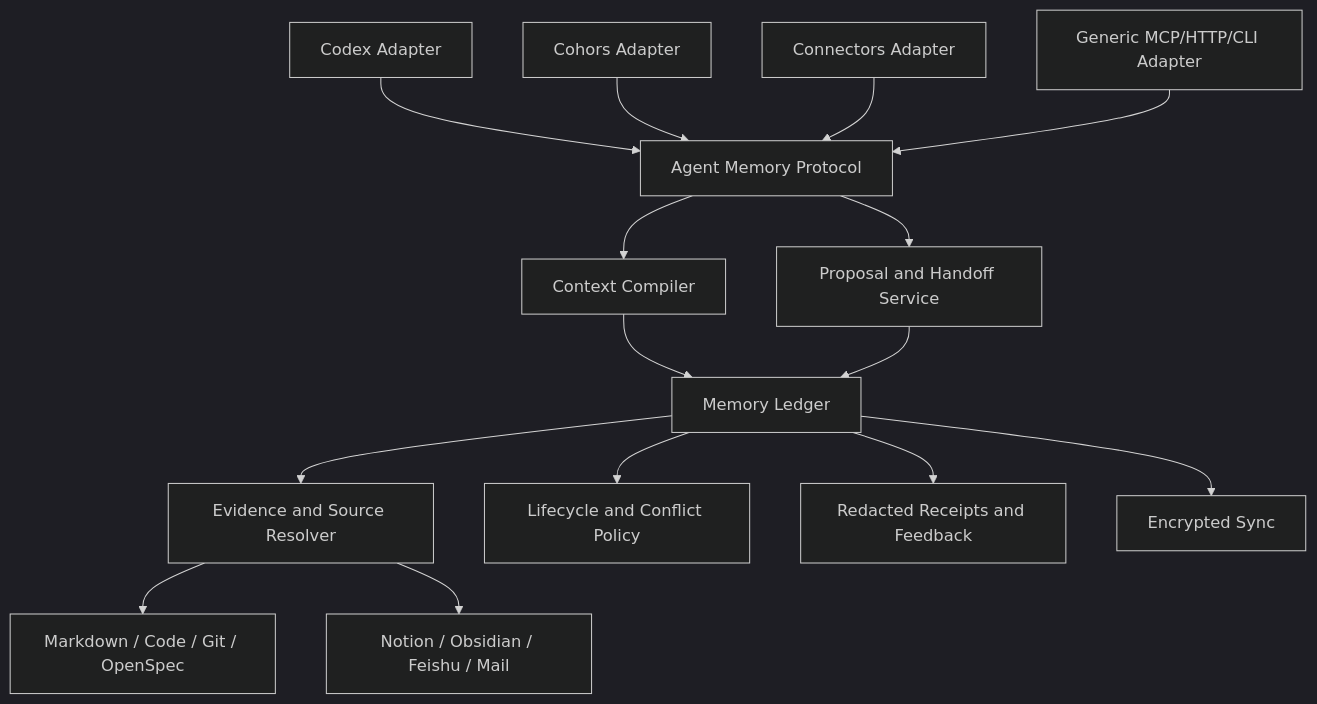
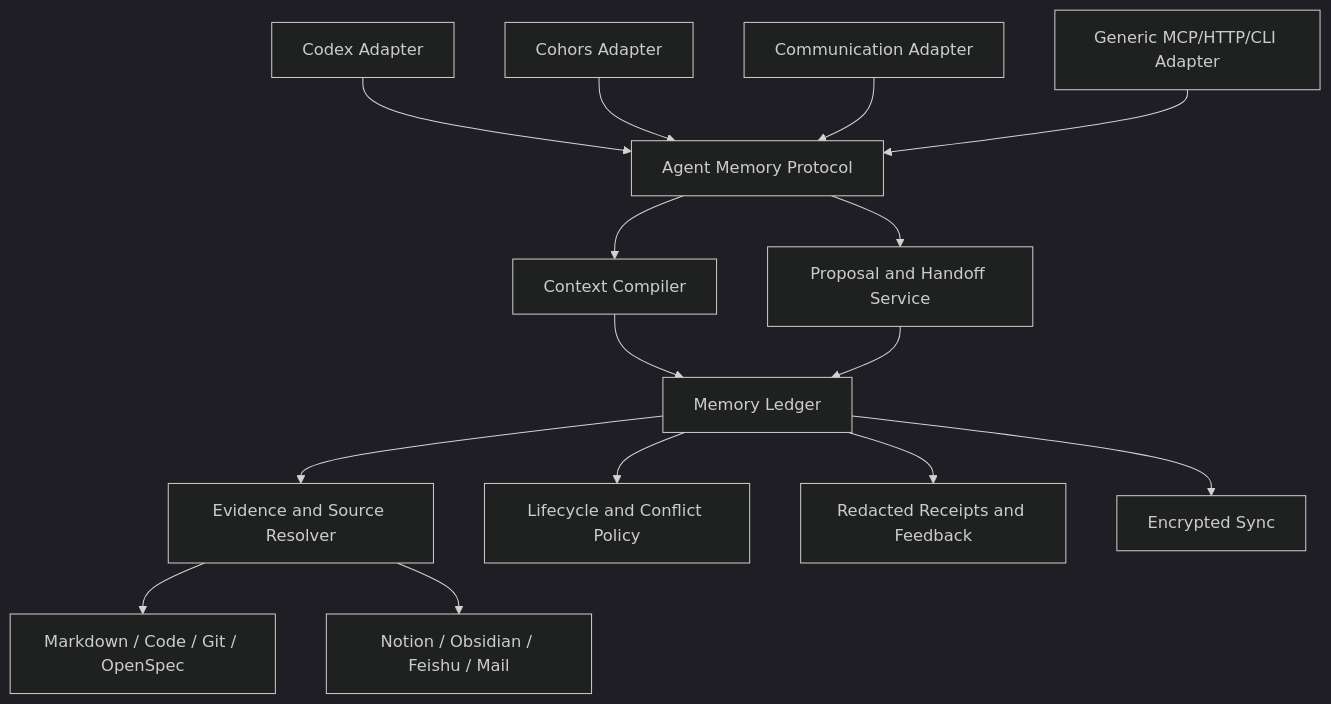
One commit to yeisme/pinax changed the first of 2 diagrams in docs/product/general-agent-memory-prd.md. Above: the diagram before and after it, drawn with Mermaid (dark theme). The commit also changed other lines of this file and 244 other files, not shown here.

````diff
--- a/docs/product/general-agent-memory-prd.md
+++ b/docs/product/general-agent-memory-prd.md
@@ -82,21 +82,21 @@
 ```mermaid
 flowchart TD
   A1[Codex Adapter]
   A2[Cohors Adapter]
-  A3[Connectors Adapter]
+  A3[Communication Adapter]
   A4[Generic MCP/HTTP/CLI Adapter]
   A1 --> P[Agent Memory Protocol]
   A2 --> P
   A3 --> P
   A4 --> P
   P --> C[Context Compiler]
   P --> W[Proposal and Handoff Service]
   C --> L[Memory Ledger]
   W --> L
   L --> E[Evidence and Source Resolver]
   E --> S1[Markdown / Code / Git / OpenSpec]
   E --> S2[Notion / Obsidian / Feishu / Mail]
   L --> Y[Lifecycle and Conflict Policy]
   L --> R[Redacted Receipts and Feedback]
   L --> X[Encrypted Sync]
 ```
````
